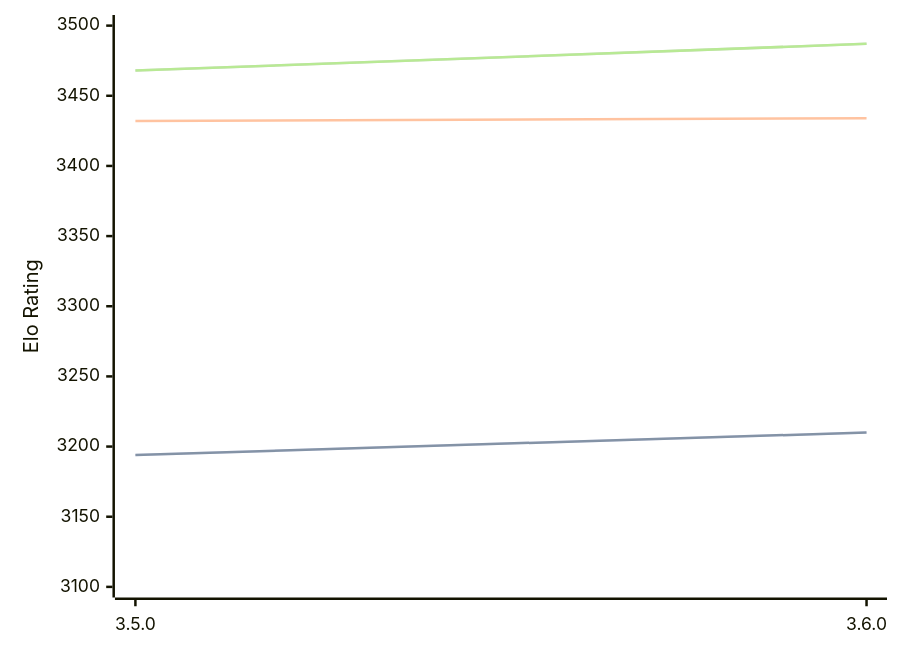
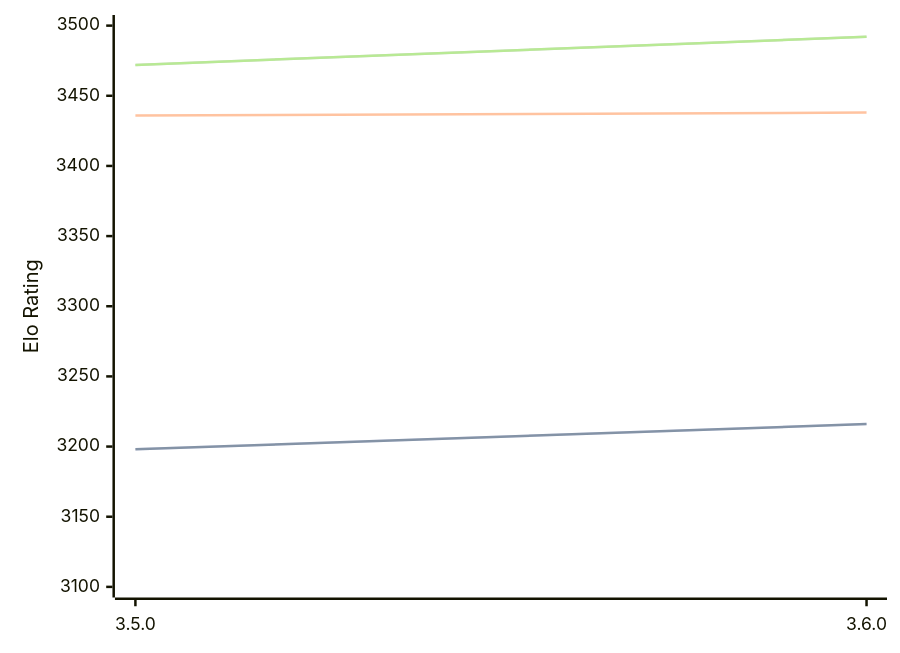
Before and after one commit to computer-chess-index/cci: the diagram in engines/Igel.md, drawn with Mermaid. The commit also changed other lines of this file, not shown here.

Commit message:
Update CCI Ratings (ELO VLTC) - 2026-04-14

````diff
--- a/engines/Igel.md
+++ b/engines/Igel.md
@@ -68,11 +68,11 @@
 ```mermaid
 %%{init: {"theme":"base","themeVariables":{"seriesColors:['#a3a3a3','#222221','#faa371']}}}%%
 xychart-beta
   x-axis ["3.5.0", "3.6.0"]
   y-axis "Elo Rating" 3100 --> 3500
-  line "STC (8.0+0.08s)" [3194, 3210]
-  line "STC (8.0+0.08s)" [3194, 3210]
-  line "LTC (60.0+0.60s)" [3432, 3434]
-  line "VLTC (2m24s+1.12s)" [3468, 3487]
-  line "VLTC (2m24s+1.12s)" [3468, 3487]
+  line "STC (8.0+0.08s)" [3198, 3216]
+  line "STC (8.0+0.08s)" [3198, 3216]
+  line "LTC (60.0+0.60s)" [3436, 3438]
+  line "VLTC (2m24s+1.12s)" [3472, 3492]
+  line "VLTC (2m24s+1.12s)" [3472, 3492]
 ```
````
